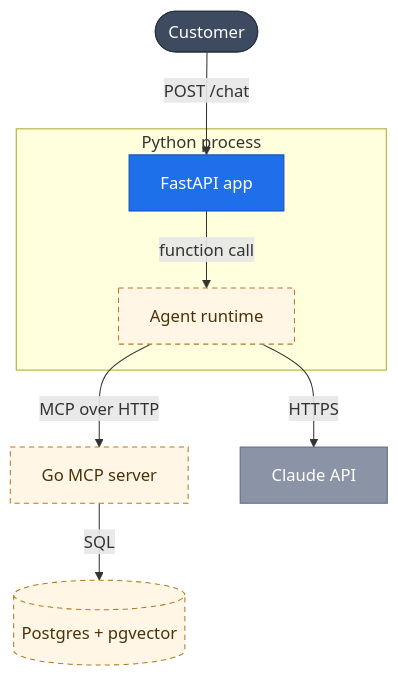
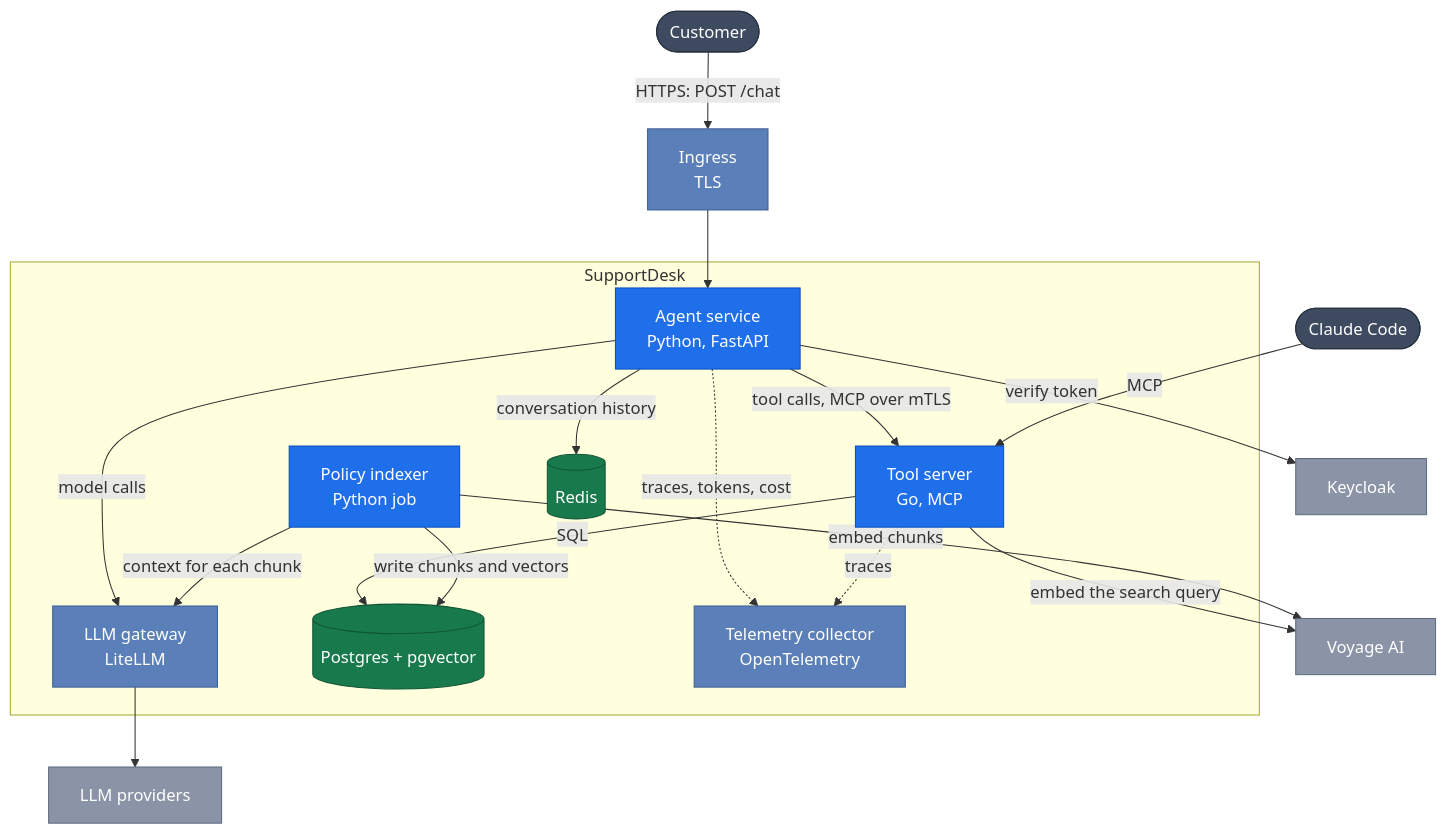
Before and after one commit to isteshkov-notes/support-desk: the second of 5 diagrams in docs/ARCHITECTURE.md, drawn with Mermaid. The commit also changed other lines of this file and 1 other file, not shown here.

Commit message:
Docs: architecture shows the target system, not per-week status

````diff
--- a/docs/ARCHITECTURE.md
+++ b/docs/ARCHITECTURE.md
@@ -79,20 +62,38 @@
 ```mermaid
 flowchart TB
   cust(["Customer"]):::person
-  subgraph py ["Python process"]
-    api2["FastAPI app"]:::built
-    agents["Agent runtime"]:::planned
+  dev(["Claude Code"]):::person
+  ingress["Ingress<br/>TLS"]:::infra
+  subgraph sd ["SupportDesk"]
+    agent["Agent service<br/>Python, FastAPI"]:::ours
+    gateway["LLM gateway<br/>LiteLLM"]:::infra
+    mcp["Tool server<br/>Go, MCP"]:::ours
+    indexer["Policy indexer<br/>Python job"]:::ours
+    pg[("Postgres + pgvector")]:::store
+    redis[("Redis")]:::store
+    otel["Telemetry collector<br/>OpenTelemetry"]:::infra
   end
-  mcp["Go MCP server"]:::planned
-  pg2[("Postgres + pgvector")]:::planned
-  claude2["Claude API"]:::ext
-  cust -- "POST /chat" --> api2
-  api2 -- "function call" --> agents
-  agents -- "HTTPS" --> claude2
-  agents -- "MCP over HTTP" --> mcp
-  mcp -- "SQL" --> pg2
-  classDef built fill:#1f6feb,stroke:#0b4fbf,color:#ffffff
-  classDef planned fill:#fff6e5,stroke:#b7791f,stroke-dasharray:5 4,color:#4a3208
+  idp["Keycloak"]:::ext
+  llm["LLM providers"]:::ext
+  voyage["Voyage AI"]:::ext
+  cust -- "HTTPS: POST /chat" --> ingress
+  ingress --> agent
+  agent -- "verify token" --> idp
+  agent -- "conversation history" --> redis
+  agent -- "model calls" --> gateway
+  gateway --> llm
+  agent -- "tool calls, MCP over mTLS" --> mcp
+  dev -- "MCP" --> mcp
+  mcp -- "SQL" --> pg
+  mcp -- "embed the search query" --> voyage
+  indexer -- "write chunks and vectors" --> pg
+  indexer -- "context for each chunk" --> gateway
+  indexer -- "embed chunks" --> voyage
+  agent -. "traces, tokens, cost" .-> otel
+  mcp -. "traces" .-> otel
+  classDef ours fill:#1f6feb,stroke:#0b4fbf,color:#ffffff
+  classDef infra fill:#5b7fb8,stroke:#3d5f94,color:#ffffff
+  classDef store fill:#187a4c,stroke:#0f5535,color:#ffffff
   classDef ext fill:#8a94a6,stroke:#5f6b80,color:#ffffff
   classDef person fill:#3d4a5f,stroke:#26303f,color:#ffffff
 ```
````
